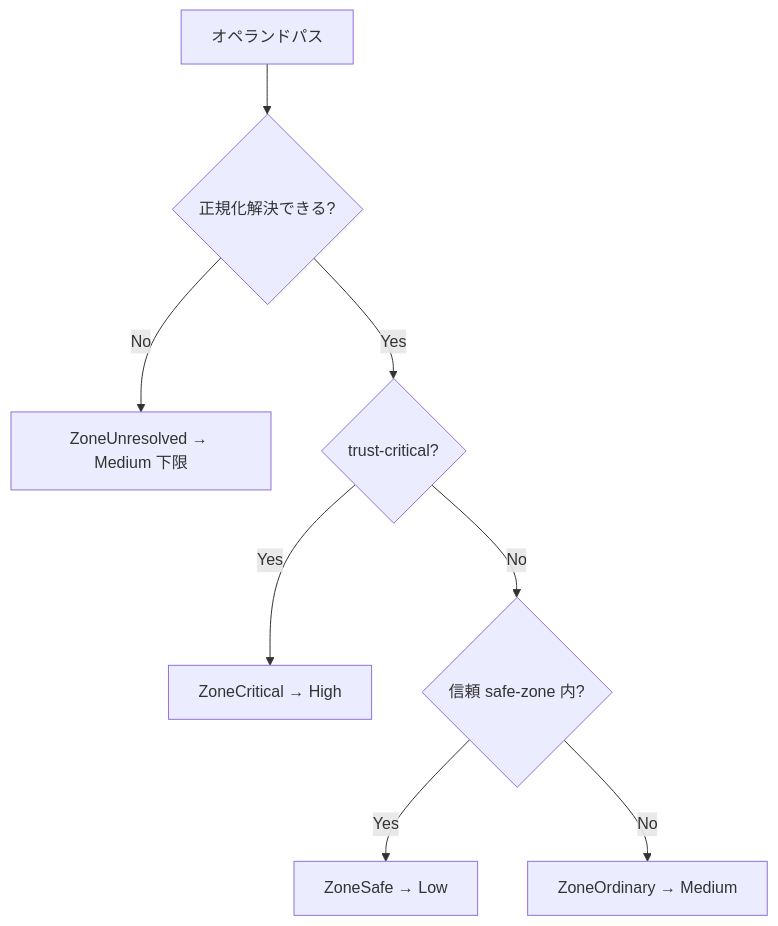
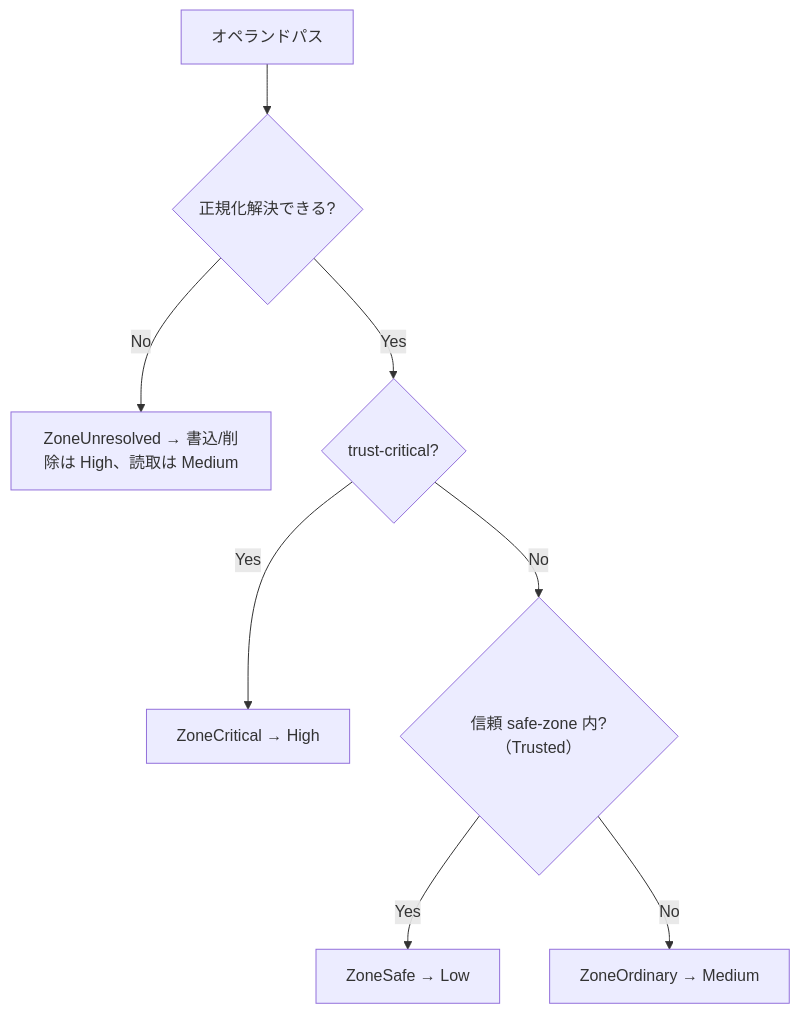
The sixth of 6 diagrams in docs/tasks/0140_risk_level_classification_review/02_architecture.md (isseis/go-safe-cmd-runner), drawn with Mermaid before and after one commit. The commit also changed other lines of this file, not shown here.

````diff
--- a/docs/tasks/0140_risk_level_classification_review/02_architecture.md
+++ b/docs/tasks/0140_risk_level_classification_review/02_architecture.md
@@ -549,10 +620,10 @@
 ```mermaid
 flowchart TD
     P["オペランドパス"] --> RES{"正規化解決できる?"}
-    RES -->|"No"| UNRES["ZoneUnresolved → Medium 下限"]
+    RES -->|"No"| UNRES["ZoneUnresolved → 書込/削除は High、読取は Medium"]
     RES -->|"Yes"| CRT{"trust-critical?"}
     CRT -->|"Yes"| HIGH["ZoneCritical → High"]
-    CRT -->|"No"| SAFE{"信頼 safe-zone 内?"}
+    CRT -->|"No"| SAFE{"信頼 safe-zone 内?（Trusted）"}
     SAFE -->|"Yes"| LOW["ZoneSafe → Low"]
     SAFE -->|"No"| MED["ZoneOrdinary → Medium"]
 ```
````
